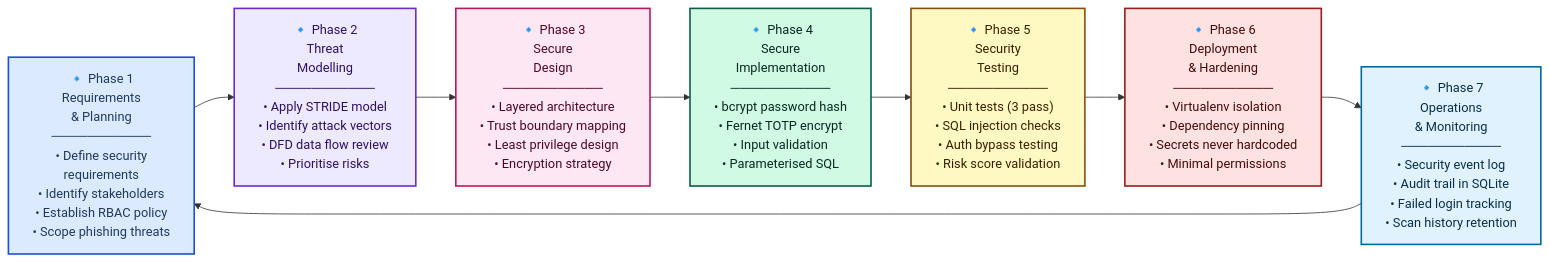
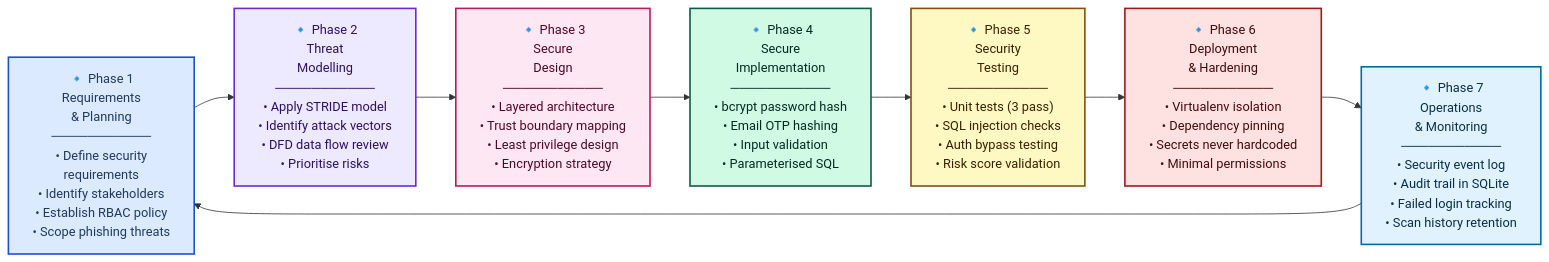
One commit to marmikkarki20-droid/Email-phishing-Detection-system changed the diagram in reports/SSDLC_Lifecycle_Diagram.md. Above: the diagram before and after it, drawn with Mermaid. The commit also changed other lines of this file and 16 other files, not shown here.

````diff
--- a/reports/SSDLC_Lifecycle_Diagram.md
+++ b/reports/SSDLC_Lifecycle_Diagram.md
@@ -5,20 +5,20 @@
 ```mermaid
 flowchart LR
     P["🔹 Phase 1\nRequirements\n& Planning\n───────────\n• Define security\n  requirements\n• Identify stakeholders\n• Establish RBAC policy\n• Scope phishing threats"]
     T["🔹 Phase 2\nThreat\nModelling\n───────────\n• Apply STRIDE model\n• Identify attack vectors\n• DFD data flow review\n• Prioritise risks"]
     D["🔹 Phase 3\nSecure\nDesign\n───────────\n• Layered architecture\n• Trust boundary mapping\n• Least privilege design\n• Encryption strategy"]
-    I["🔹 Phase 4\nSecure\nImplementation\n───────────\n• bcrypt password hash\n• Fernet TOTP encrypt\n• Input validation\n• Parameterised SQL"]
+    I["🔹 Phase 4\nSecure\nImplementation\n───────────\n• bcrypt password hash\n• Email OTP hashing\n• Input validation\n• Parameterised SQL"]
     S["🔹 Phase 5\nSecurity\nTesting\n───────────\n• Unit tests (3 pass)\n• SQL injection checks\n• Auth bypass testing\n• Risk score validation"]
     DEP["🔹 Phase 6\nDeployment\n& Hardening\n───────────\n• Virtualenv isolation\n• Dependency pinning\n• Secrets never hardcoded\n• Minimal permissions"]
     M["🔹 Phase 7\nOperations\n& Monitoring\n───────────\n• Security event log\n• Audit trail in SQLite\n• Failed login tracking\n• Scan history retention"]
 
     P --> T --> D --> I --> S --> DEP --> M --> P
 
     style P   fill:#dbeafe,stroke:#1d4ed8,color:#1e3a5f,stroke-width:2px
     style T   fill:#ede9fe,stroke:#6d28d9,color:#2e1065,stroke-width:2px
     style D   fill:#fce7f3,stroke:#be185d,color:#500724,stroke-width:2px
     style I   fill:#d1fae5,stroke:#065f46,color:#022c22,stroke-width:2px
     style S   fill:#fef9c3,stroke:#854d0e,color:#3b1f02,stroke-width:2px
     style DEP fill:#fee2e2,stroke:#991b1b,color:#450a0a,stroke-width:2px
     style M   fill:#e0f2fe,stroke:#0369a1,color:#082f49,stroke-width:2px
 ```
````
